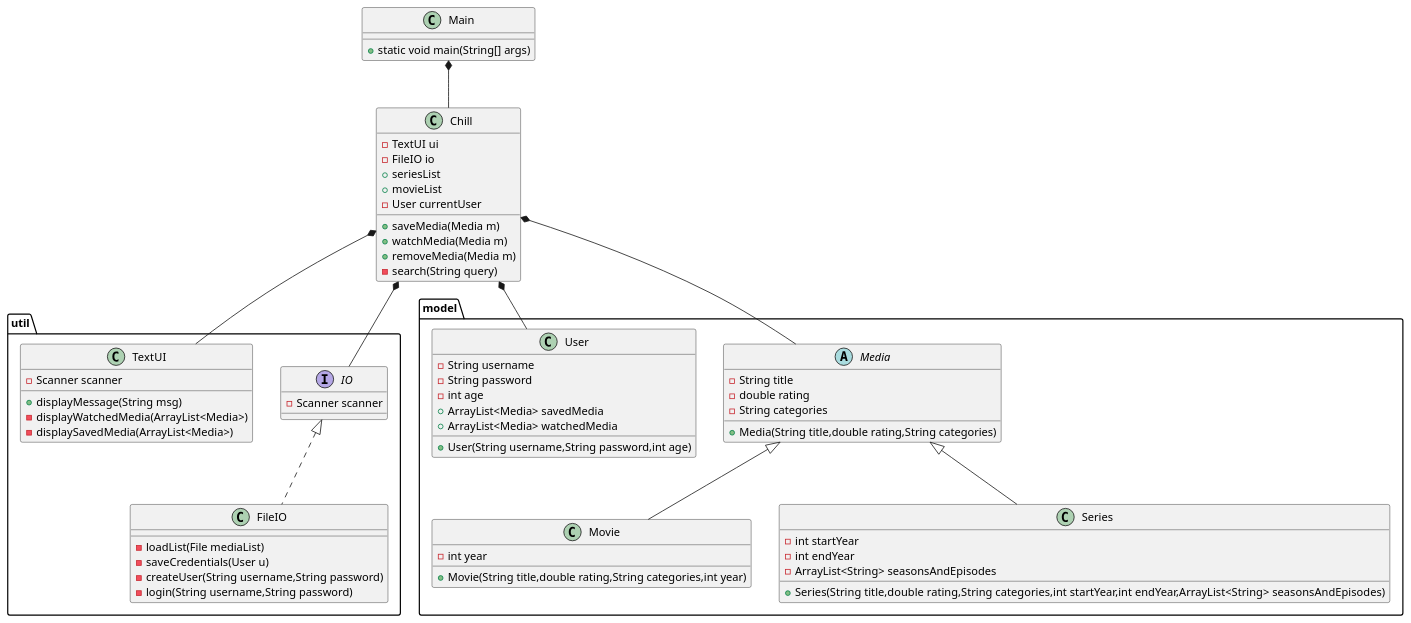
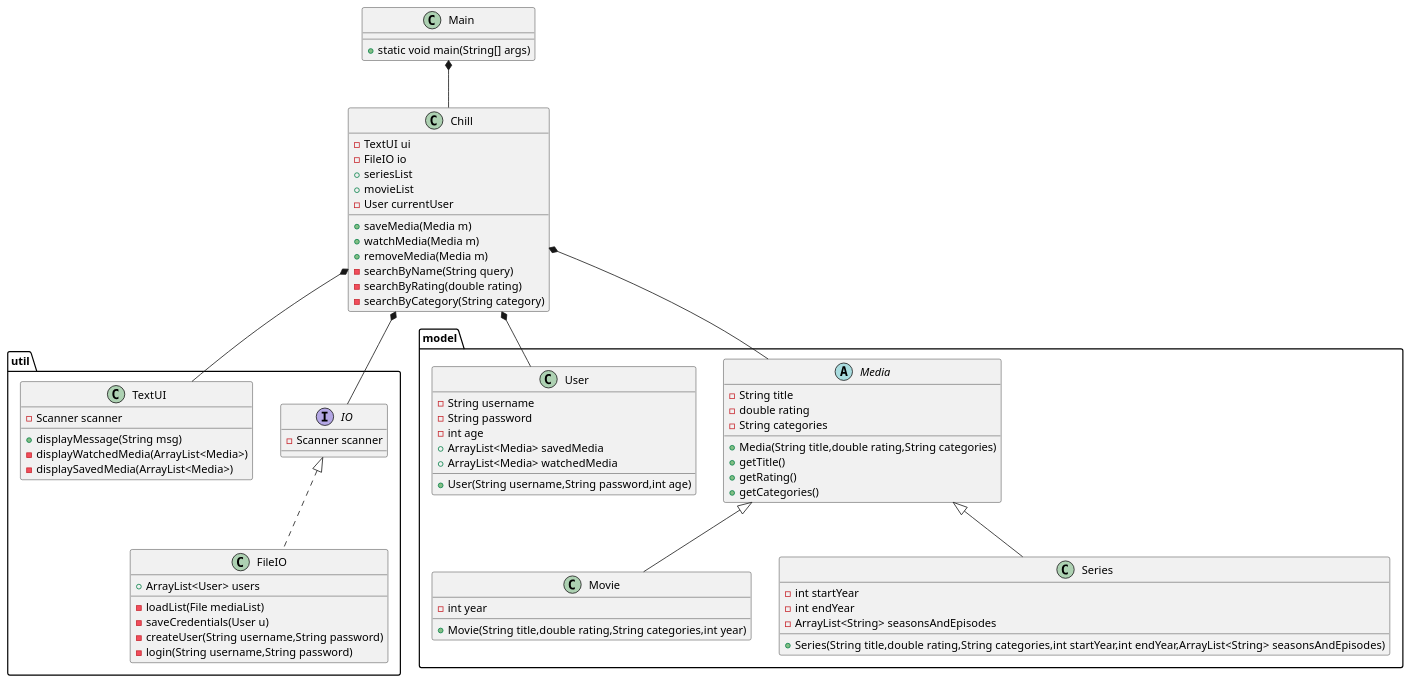
One commit to Magnewei/SP3 changed the diagram in doc/Class.puml. Above: the diagram before and after it, drawn with PlantUML. The commit also changed 1 other file, not shown here.

```diff
--- a/doc/Class.puml
+++ b/doc/Class.puml
@@ -1,77 +1,83 @@
 @startuml
 'https://plantuml.com/class-diagram
 
 class Main{
     +static void main(String[] args)
 }
 
 class Chill{
     -TextUI ui
     -FileIO io
     +seriesList
     +movieList
     -User currentUser
     +saveMedia(Media m)
     +watchMedia(Media m)
     +removeMedia(Media m)
-    -search(String query)
+    -searchByName(String query)
+    -searchByRating(double rating)
+    -searchByCategory(String category)
 }
 
 package "util"{
     Interface IO{
         -Scanner scanner
     }
 
     class FileIO implements IO{
+        +ArrayList<User> users
         -loadList(File mediaList)
         -saveCredentials(User u)
         -createUser(String username,String password)
         -login(String username,String password)
     }
 
     class TextUI{
         -Scanner scanner
         +displayMessage(String msg)
         -displayWatchedMedia(ArrayList<Media>)
         -displaySavedMedia(ArrayList<Media>)
     }
 }
 
 package "model"{
     abstract class Media{
         -String title
         -double rating
         -String categories
         +Media(String title,double rating,String categories)
+        +getTitle()
+        +getRating()
+        +getCategories()
     }
 
     class Movie extends Media{
         -int year
         +Movie(String title,double rating,String categories,int year)
     }
 
     class Series extends Media{
         -int startYear
         -int endYear
         -ArrayList<String> seasonsAndEpisodes
         +Series(String title,double rating,String categories,int startYear,int endYear,ArrayList<String> seasonsAndEpisodes)
     }
 
     class User{
         -String username
         -String password
         -int age
         +ArrayList<Media> savedMedia
         +ArrayList<Media> watchedMedia
         +User(String username,String password,int age)
     }
 }
 
 Main *-- Chill
 Chill *-- TextUI
 Chill *-- User
 Chill *-- Media
 Chill *-- IO
 
 
 @enduml
```
